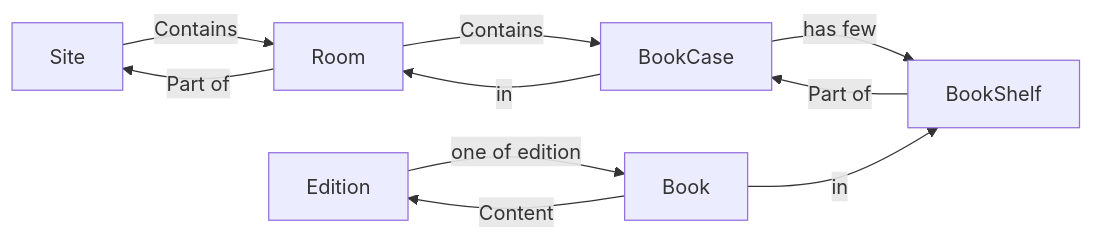
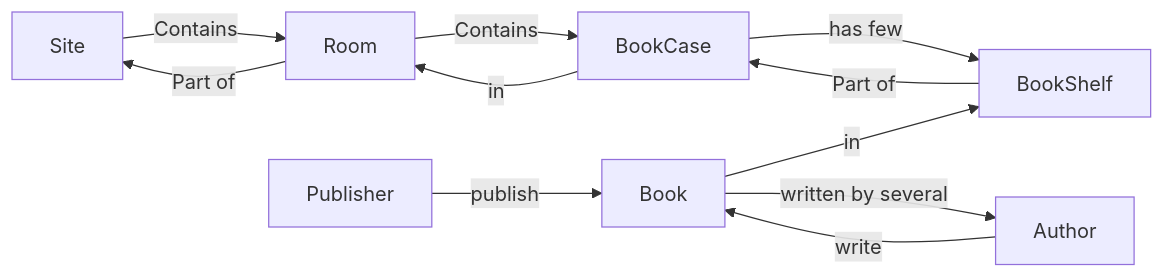
Before and after one commit to mkaraki/BookShelf: the diagram in README.md, drawn with Mermaid. The commit also changed 2 other files, not shown here.

Commit message:
Change some instructions

````diff
--- a/README.md
+++ b/README.md
@@ -7,13 +7,16 @@
 ```mermaid
 graph LR
     Site -- Contains --> Room
     Room -- Part of --> Site
     Room -- Contains --> BookCase
     BookCase -- in --> Room
     BookCase -- has few --> BookShelf
     BookShelf -- Part of --> BookCase
 
-    Edition -- one of edition --> Book
-    Book -- Content --> Edition
     Book -- in --> BookShelf
+
+    Author -- write --> Book
+    Book -- written by several --> Author
+
+    Publisher -- publish --> Book
 ```
````
